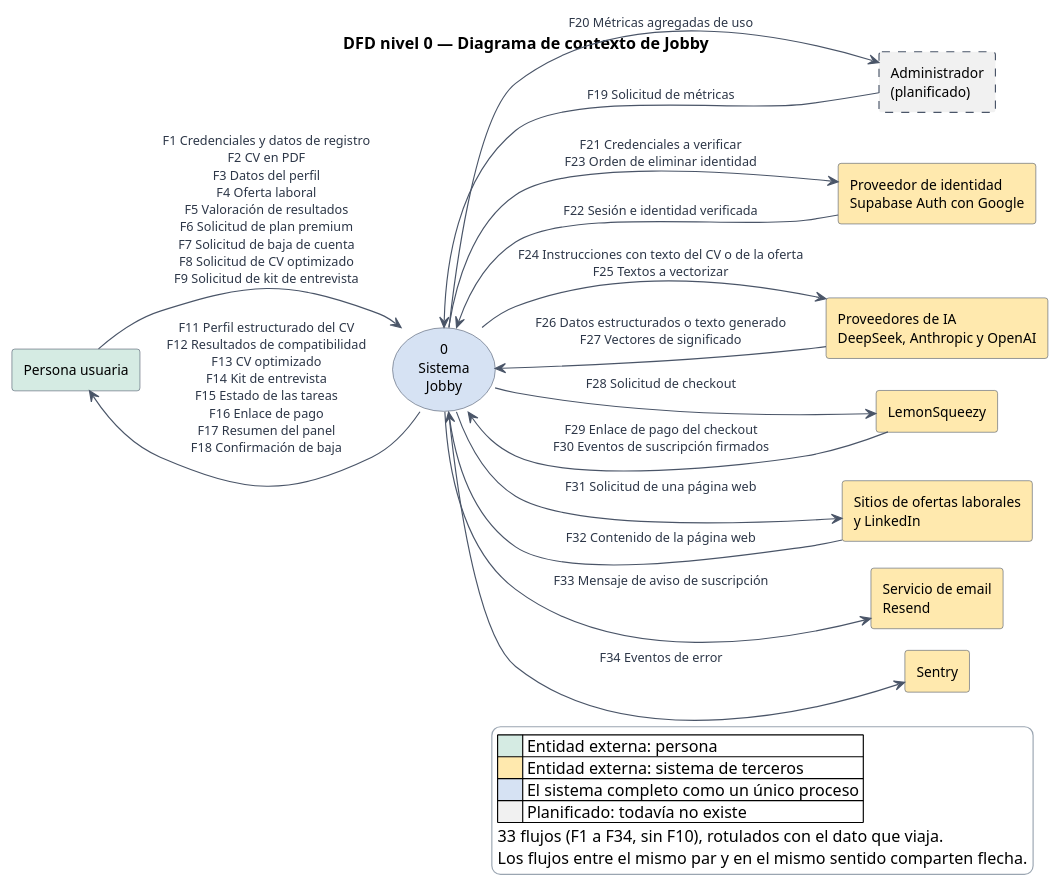
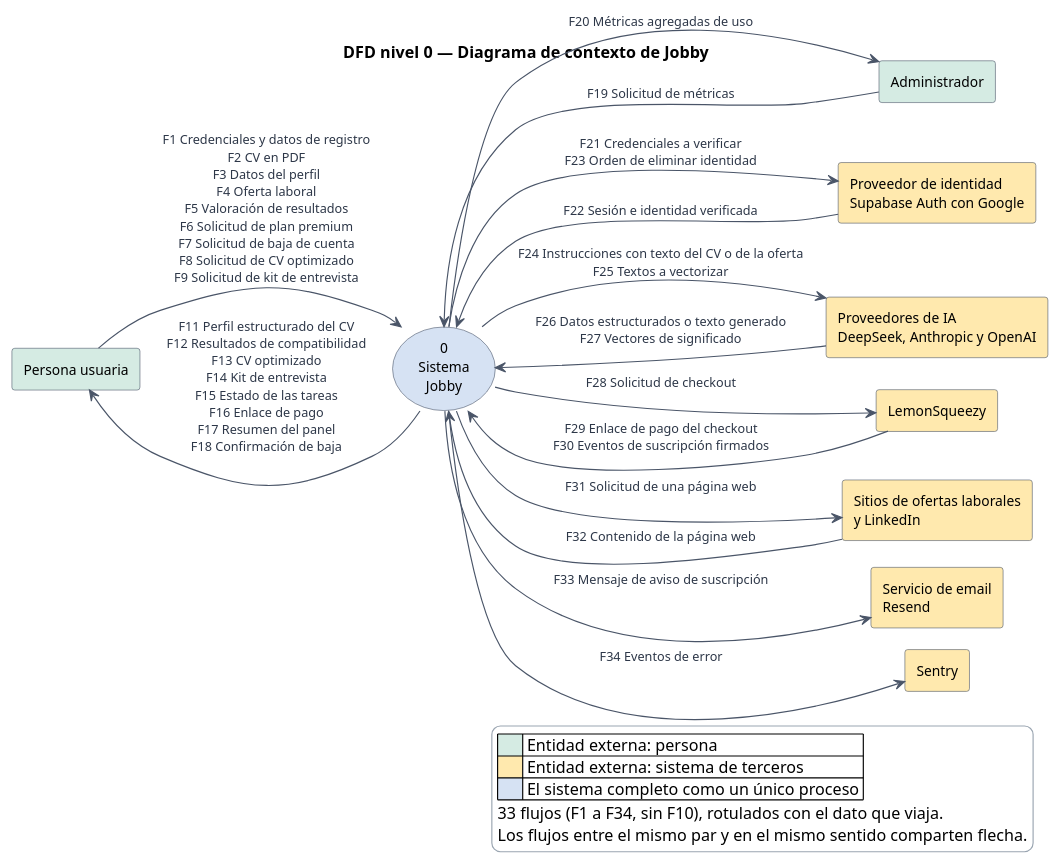
The diagram in docs/diagramas/dfd-nivel-0.puml (Buatishi/Jobby), drawn with PlantUML before and after one commit. The commit also changed 33 other files, not shown here.

```diff
--- a/docs/diagramas/dfd-nivel-0.puml
+++ b/docs/diagramas/dfd-nivel-0.puml
@@ -1,54 +1,53 @@
 @startuml
 ' DFD nivel 0 (diagrama de contexto) de Jobby. Flujos de docs/01-dfd.md §1, verificados contra
 ' services/api/app/api/v1/, services/api/app/tasks/ y apps/web. Pasado de Mermaid a PlantUML el 2026-09-22 (Decisión 18).
 ' Notación: rectángulo = entidad externa, elipse numerada = proceso. Los flujos entre el mismo par
 ' de elementos y en el mismo sentido van en una sola flecha, con un rótulo por flujo.
 !pragma layout smetana
 left to right direction
 skinparam shadowing false
 skinparam defaultFontName Arial
 skinparam defaultFontSize 12
 skinparam ArrowColor #4A5568
 skinparam ArrowFontSize 11
 skinparam ArrowFontColor #2D3748
 skinparam RectangleBorderColor #4A5568
 skinparam UsecaseBorderColor #4A5568
 skinparam legendBackgroundColor #FFFFFF
 skinparam legendBorderColor #9AA5B1
 
 title DFD nivel 0 — Diagrama de contexto de Jobby
 
 rectangle "Persona usuaria" as U #D5EBE3
-rectangle "Administrador\n(planificado)" as A #F1F1F1;line.dashed
+rectangle "Administrador" as A #D5EBE3
 usecase "0\nSistema\nJobby" as P #D6E2F3
 rectangle "Proveedor de identidad\nSupabase Auth con Google" as ID #FFE9AE
 rectangle "Proveedores de IA\nDeepSeek, Anthropic y OpenAI" as IA #FFE9AE
 rectangle "LemonSqueezy" as LS #FFE9AE
 rectangle "Sitios de ofertas laborales\ny LinkedIn" as W #FFE9AE
 rectangle "Servicio de email\nResend" as EM #FFE9AE
 rectangle "Sentry" as SE #FFE9AE
 
 U --> P : F1 Credenciales y datos de registro\nF2 CV en PDF\nF3 Datos del perfil\nF4 Oferta laboral\nF5 Valoración de resultados\nF6 Solicitud de plan premium\nF7 Solicitud de baja de cuenta\nF8 Solicitud de CV optimizado\nF9 Solicitud de kit de entrevista
 P --> U : F11 Perfil estructurado del CV\nF12 Resultados de compatibilidad\nF13 CV optimizado\nF14 Kit de entrevista\nF15 Estado de las tareas\nF16 Enlace de pago\nF17 Resumen del panel\nF18 Confirmación de baja
 A --> P : F19 Solicitud de métricas
 P --> A : F20 Métricas agregadas de uso
 P --> ID : F21 Credenciales a verificar\nF23 Orden de eliminar identidad
 ID --> P : F22 Sesión e identidad verificada
 P --> IA : F24 Instrucciones con texto del CV o de la oferta\nF25 Textos a vectorizar
 IA --> P : F26 Datos estructurados o texto generado\nF27 Vectores de significado
 P --> LS : F28 Solicitud de checkout
 LS --> P : F29 Enlace de pago del checkout\nF30 Eventos de suscripción firmados
 P --> W : F31 Solicitud de una página web
 W --> P : F32 Contenido de la página web
 P --> EM : F33 Mensaje de aviso de suscripción
 P --> SE : F34 Eventos de error
 
 legend right
   |<#D5EBE3>      | Entidad externa: persona |
   |<#FFE9AE>      | Entidad externa: sistema de terceros |
   |<#D6E2F3>      | El sistema completo como un único proceso |
-  |<#F1F1F1>      | Planificado: todavía no existe |
   33 flujos (F1 a F34, sin F10), rotulados con el dato que viaja.
   Los flujos entre el mismo par y en el mismo sentido comparten flecha.
 endlegend
 @enduml
```
